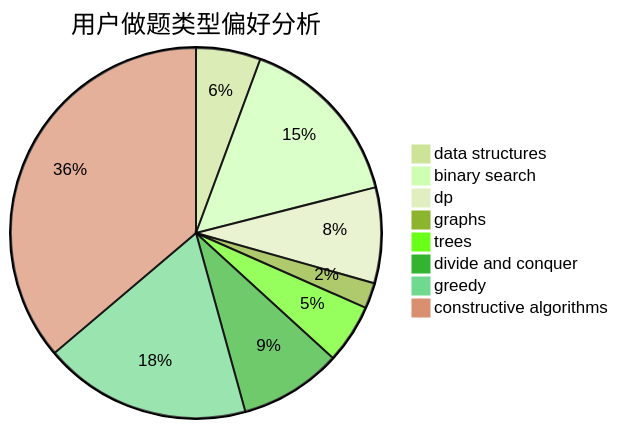
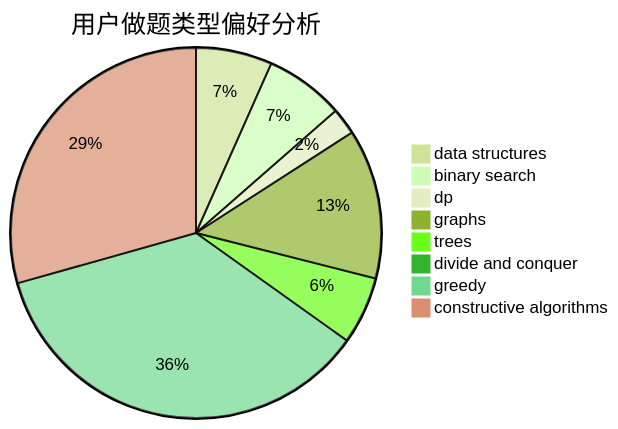
The second of 3 diagrams in docs/user/u267.md (sherpahu/cfrs.github.io), drawn with Mermaid (forest theme) before and after one commit. The commit also changed other lines of this file and 2770 other files, not shown here.

````diff
--- a/docs/user/u267.md
+++ b/docs/user/u267.md
@@ -23,11 +23,11 @@
 ```mermaid
 pie title 用户做题类型偏好分析
-    "data structures" :  48
-    "binary search" :  131
-    "dp" :  71
-    "graphs" :  19
-    "trees" :  44
-    "divide and conquer" :  76
-    "greedy" :  154
-    "constructive algorithms" :  308
+    "data structures" :  80
+    "binary search" :  83
+    "dp" :  28
+    "graphs" :  157
+    "trees" :  71
+    "divide and conquer" :  0
+    "greedy" :  430
+    "constructive algorithms" :  353
 ```
````
